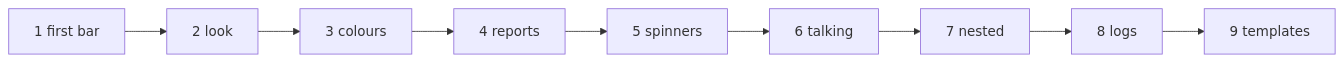
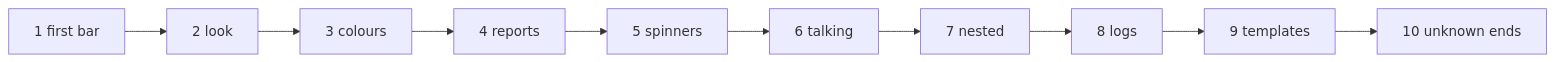
Before and after one commit to szaghi/forbear: the diagram in docs/manual/index.md, drawn with Mermaid. The commit also changed other lines of this file and 28 other files, not shown here.

````diff
--- a/docs/manual/index.md
+++ b/docs/manual/index.md
@@ -28,5 +29,5 @@
 ```mermaid
 flowchart LR
   c1[1 first bar] --> c2[2 look] --> c3[3 colours] --> c4[4 reports] --> c5[5 spinners]
-  c5 --> c6[6 talking] --> c7[7 nested] --> c8[8 logs] --> c9[9 templates]
+  c5 --> c6[6 talking] --> c7[7 nested] --> c8[8 logs] --> c9[9 templates] --> c10[10 unknown ends]
 ```
````
